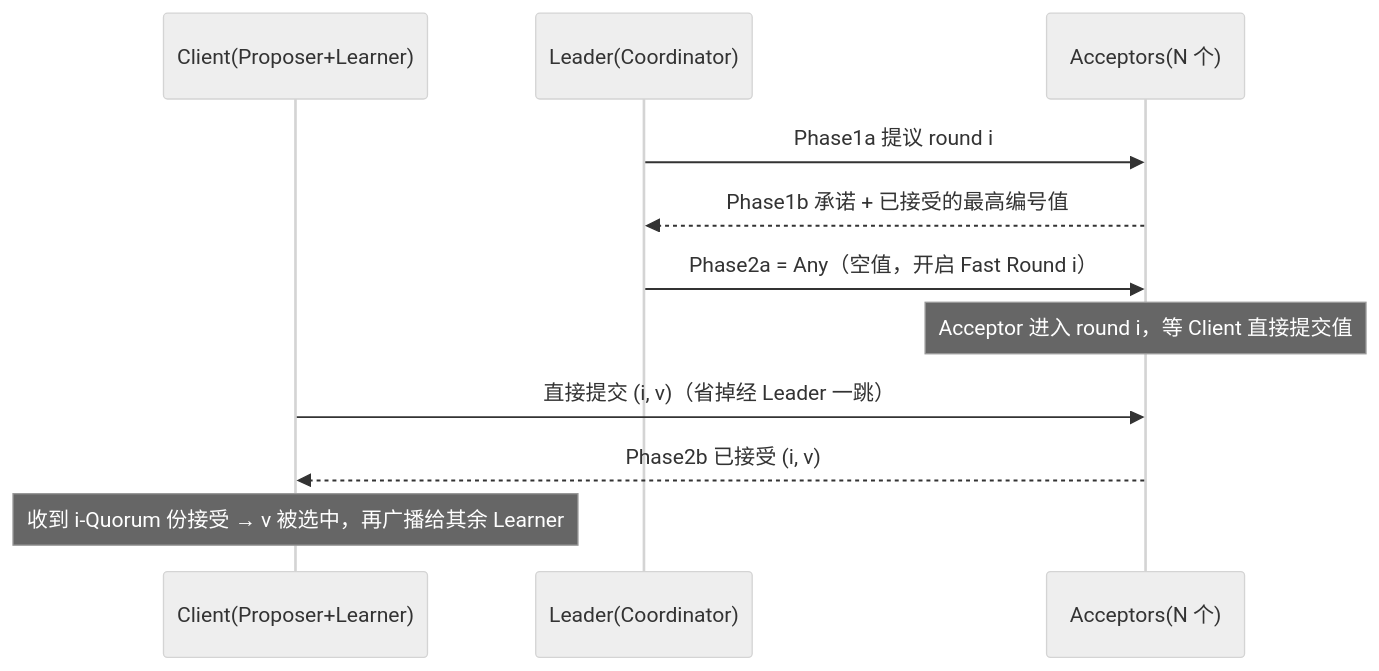
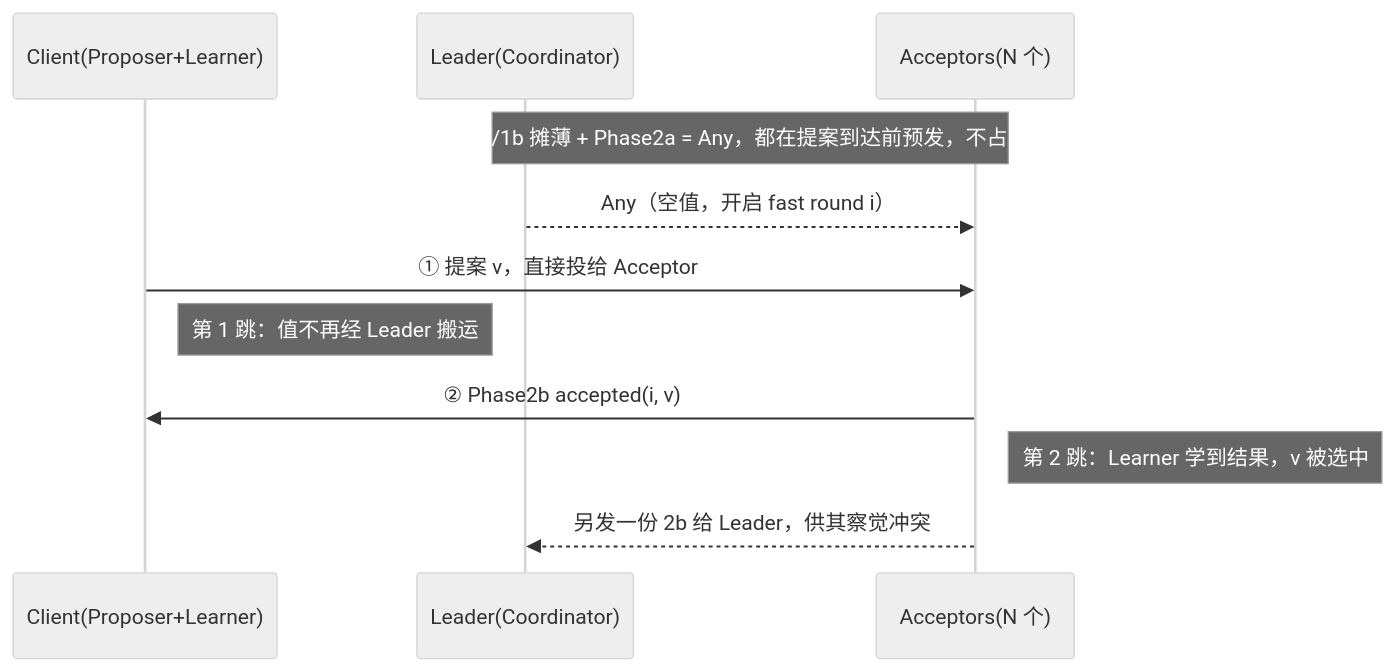
Before and after one commit to hswsp/cs-knowledge-wiki: the second of 2 diagrams in docs/system-design/distributed-consensus/paxos/fast-paxos.md, drawn with Mermaid (neutral theme). The commit also changed other lines of this file, not shown here.

````diff
--- a/docs/system-design/distributed-consensus/paxos/fast-paxos.md
+++ b/docs/system-design/distributed-consensus/paxos/fast-paxos.md
@@ -86,13 +112,13 @@
 ```mermaid
 sequenceDiagram
     participant C as Client(Proposer+Learner)
     participant L as Leader(Coordinator)
     participant A as Acceptors(N 个)
-    L->>A: Phase1a 提议 round i
-    A-->>L: Phase1b 承诺 + 已接受的最高编号值
-    L->>A: Phase2a = Any（空值，开启 Fast Round i）
-    Note over A: Acceptor 进入 round i，等 Client 直接提交值
-    C->>A: 直接提交 (i, v)（省掉经 Leader 一跳）
-    A-->>C: Phase2b 已接受 (i, v)
-    Note over C: 收到 i-Quorum 份接受 → v 被选中，再广播给其余 Learner
+    Note over L,A: Phase1a/1b 摊薄 + Phase2a = Any，都在提案到达前预发，不占关键路径
+    L-->>A: Any（空值，开启 fast round i）
+    C->>A: ① 提案 v，直接投给 Acceptor
+    Note right of C: 第 1 跳：值不再经 Leader 搬运
+    A->>C: ② Phase2b accepted(i, v)
+    Note right of A: 第 2 跳：Learner 学到结果，v 被选中
+    A-->>L: 另发一份 2b 给 Leader，供其察觉冲突
 ```
````
